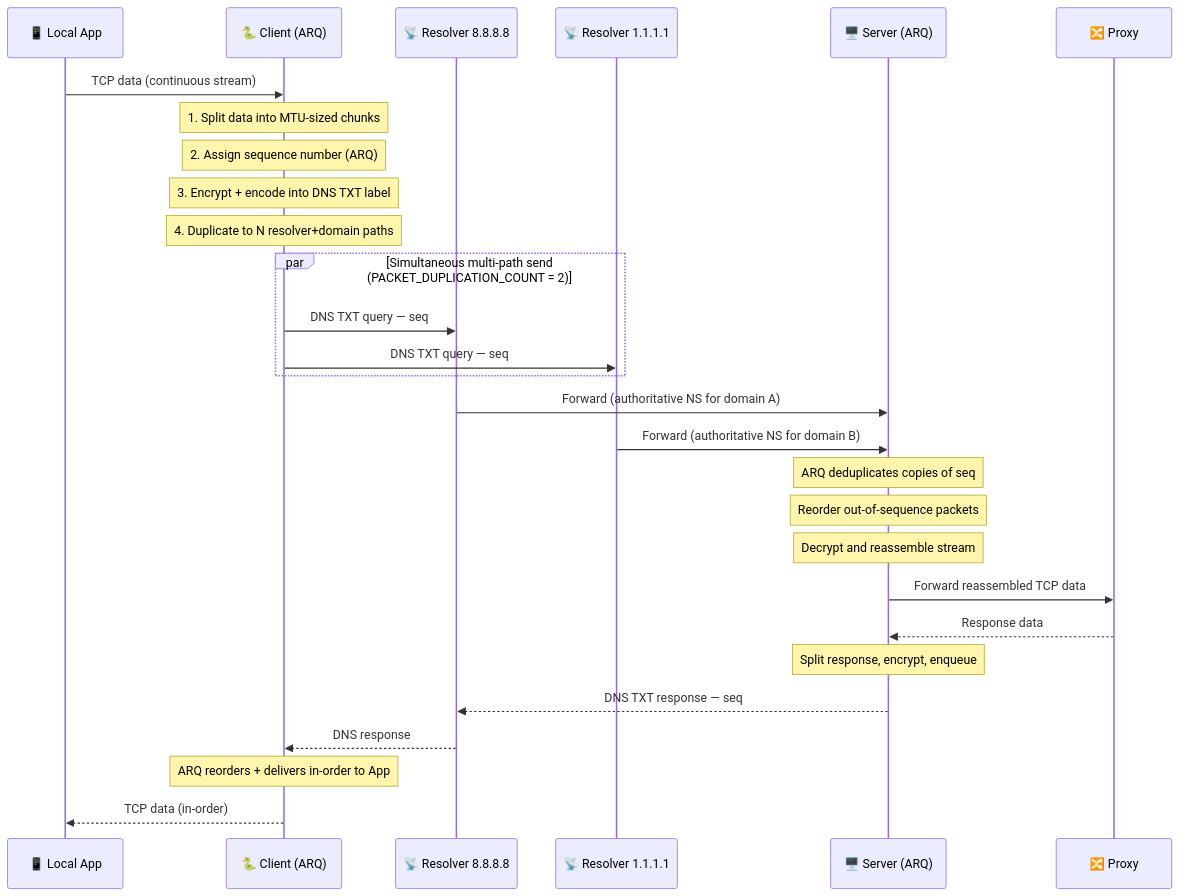
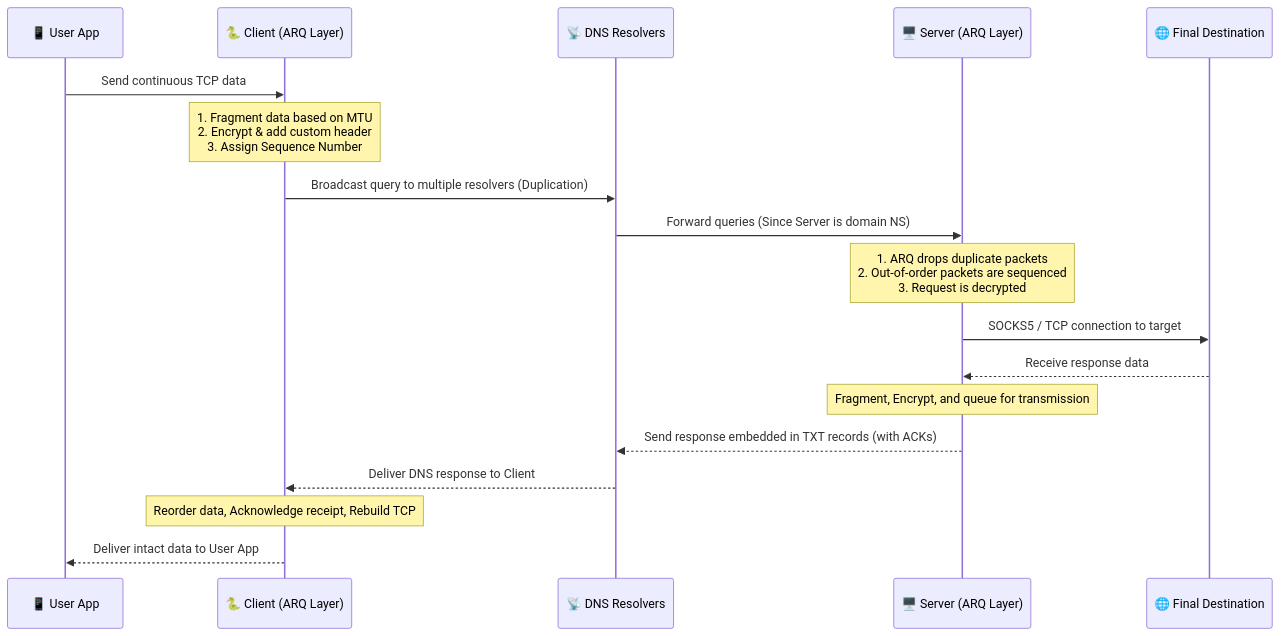
The second of 2 diagrams in README.MD (bhardwajRahul/MasterDnsVPN), drawn with Mermaid before and after one commit. The commit also changed other lines of this file and 1 other file, not shown here.

````diff
--- a/README.MD
+++ b/README.MD
@@ -301,40 +412,21 @@
 ```mermaid
 sequenceDiagram
-    participant App as 📱 Local App
-    participant Client as 🐍 Client (ARQ)
-    participant DNS1 as 📡 Resolver 8.8.8.8
-    participant DNS2 as 📡 Resolver 1.1.1.1
-    participant Server as 🖥️ Server (ARQ)
-    participant Proxy as 🔀 Proxy
+    participant App as 📱 User App
+    participant Client as 🐍 Client (ARQ Layer)
+    participant DNS as 📡 DNS Resolvers
+    participant Server as 🖥️ Server (ARQ Layer)
+    participant Target as 🌐 Final Destination
 
-    App->>Client: TCP data (continuous stream)
-
-    Note over Client: 1. Split data into MTU-sized chunks
-    Note over Client: 2. Assign sequence number (ARQ)
-    Note over Client: 3. Encrypt + encode into DNS TXT label
-    Note over Client: 4. Duplicate to N resolver+domain paths
-
-    par Simultaneous multi-path send (PACKET_DUPLICATION_COUNT = 2)
-        Client->>DNS1: DNS TXT query — seq#5 — domain A
-        Client->>DNS2: DNS TXT query — seq#5 — domain B
-    end
-
-    DNS1->>Server: Forward (authoritative NS for domain A)
-    DNS2->>Server: Forward (authoritative NS for domain B)
-
-    Note over Server: ARQ deduplicates copies of seq#5
-    Note over Server: Reorder out-of-sequence packets
-    Note over Server: Decrypt and reassemble stream
-
-    Server->>Proxy: Forward reassembled TCP data
-    Proxy-->>Server: Response data
-
-    Note over Server: Split response, encrypt, enqueue
-
-    Server-->>DNS1: DNS TXT response — seq#5 ack + data
-    DNS1-->>Client: DNS response
-
-    Note over Client: ARQ reorders + delivers in-order to App
-
-    Client-->>App: TCP data (in-order)
+    App->>Client: Send continuous TCP data
+    Note over Client: 1. Fragment data based on MTU<br>2. Encrypt & add custom header<br>3. Assign Sequence Number
+    Client->>DNS: Broadcast query to multiple resolvers (Duplication)
+    DNS->>Server: Forward queries (Since Server is domain NS)
+    Note over Server: 1. ARQ drops duplicate packets<br>2. Out-of-order packets are sequenced<br>3. Request is decrypted
+    Server->>Target: SOCKS5 / TCP connection to target
+    Target-->>Server: Receive response data
+    Note over Server: Fragment, Encrypt, and queue for transmission
+    Server-->>DNS: Send response embedded in TXT records (with ACKs)
+    DNS-->>Client: Deliver DNS response to Client
+    Note over Client: Reorder data, Acknowledge receipt, Rebuild TCP
+    Client-->>App: Deliver intact data to User App
 ```
````
